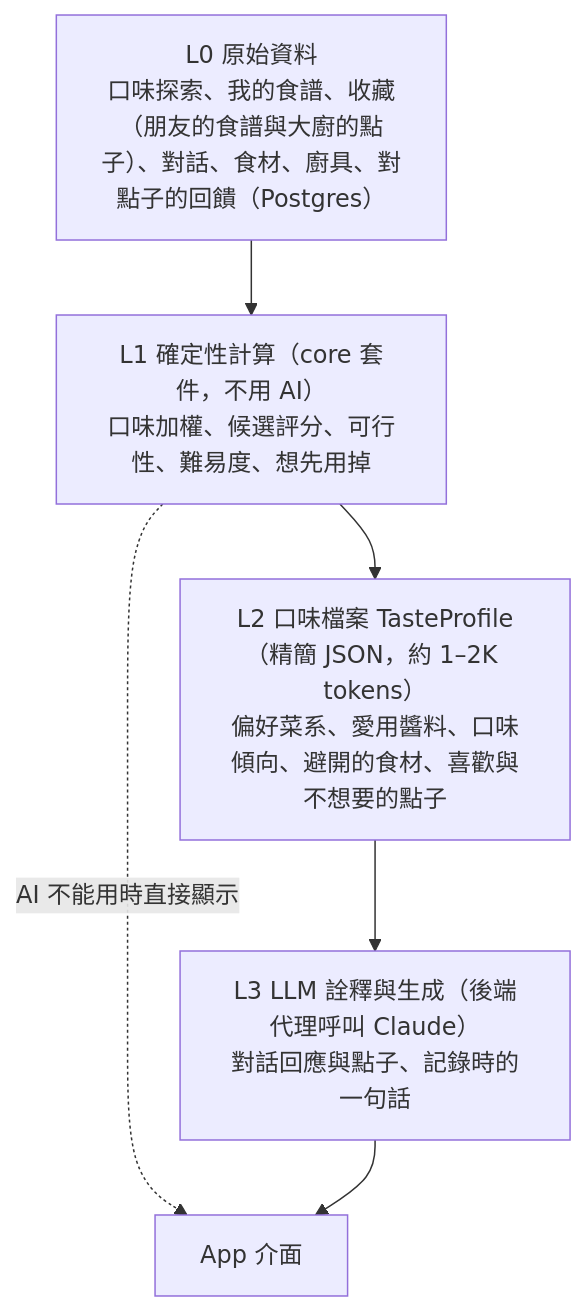
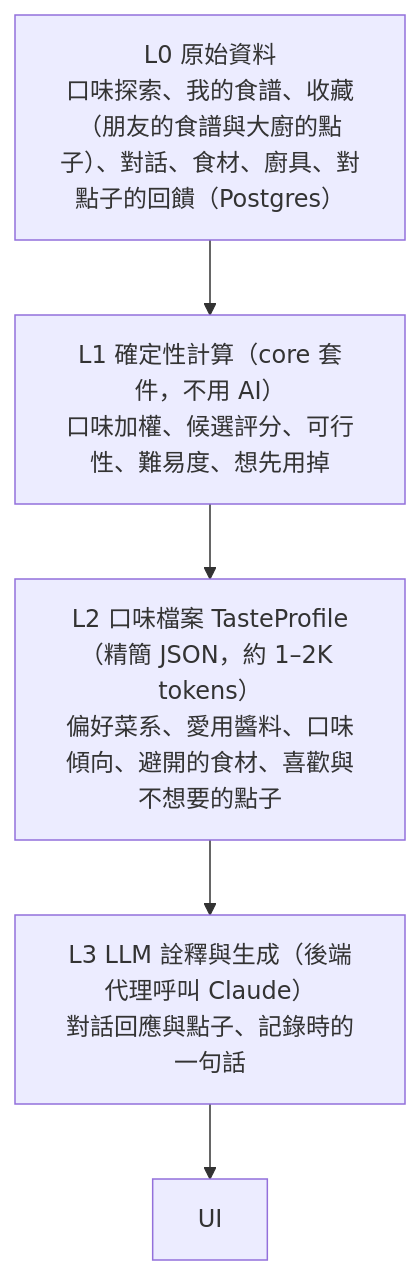
The diagram in docs/03-ai-design.md (LeeBoYin/cooking-recipe-app), drawn with Mermaid before and after one commit. The commit also changed other lines of this file and 39 other files, not shown here.

````diff
--- a/docs/03-ai-design.md
+++ b/docs/03-ai-design.md
@@ -9,10 +9,9 @@
 ```mermaid
 flowchart TB
   L0["L0 原始資料<br/>口味探索、我的食譜、收藏（朋友的食譜與大廚的點子）、對話、食材、廚具、對點子的回饋（Postgres）"]
   L1["L1 確定性計算（core 套件，不用 AI）<br/>口味加權、候選評分、可行性、難易度、想先用掉"]
   L2["L2 口味檔案 TasteProfile（精簡 JSON，約 1–2K tokens）<br/>偏好菜系、愛用醬料、口味傾向、避開的食材、喜歡與不想要的點子"]
   L3["L3 LLM 詮釋與生成（後端代理呼叫 Claude）<br/>對話回應與點子、記錄時的一句話"]
   L0 --> L1 --> L2 --> L3
-  L1 -. AI 不能用時直接顯示 .-> UI["App 介面"]
   L3 --> UI
 ```
````
